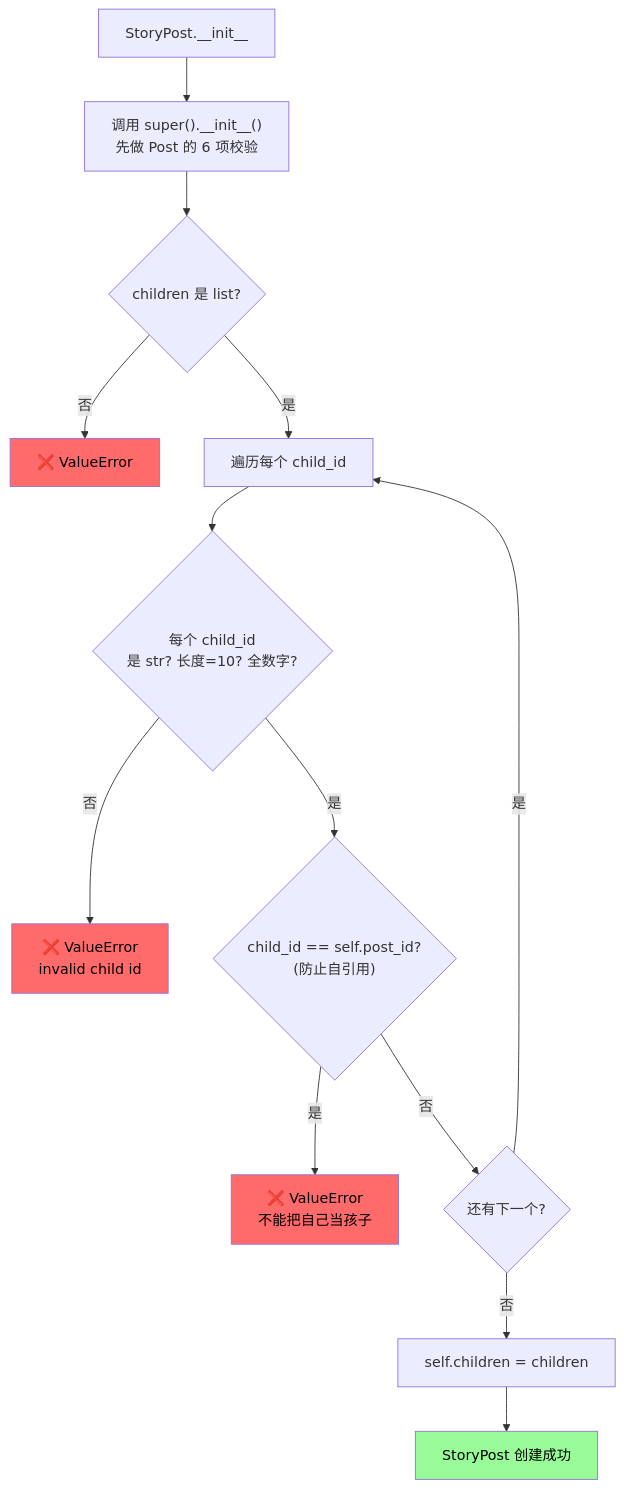
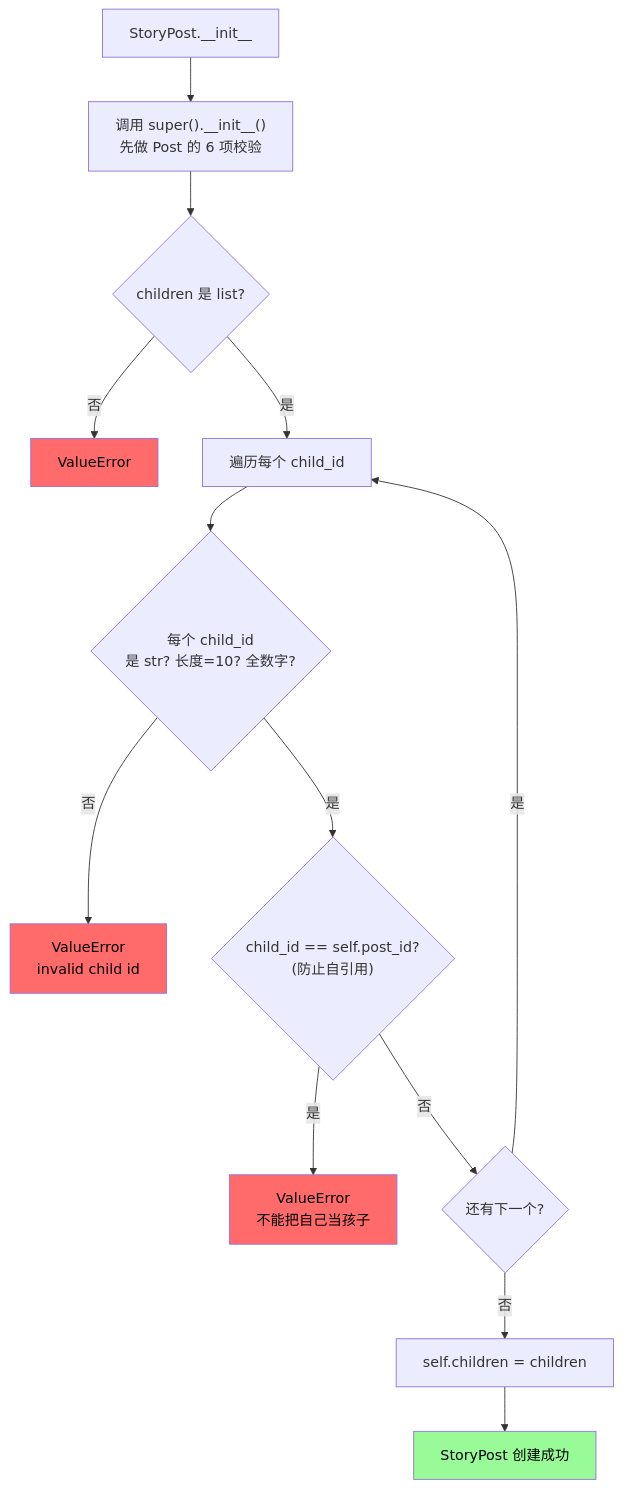
One commit to Takalahiro/obsidian-vault changed the ninth of 16 diagrams in INFO1110/assessment/INFO 1110 ADVANCE ASSESSMENT.md. Above: the diagram before and after it, drawn with Mermaid. The commit also changed other lines of this file and 37 other files, not shown here.

````diff
--- a/INFO1110/assessment/INFO 1110 ADVANCE ASSESSMENT.md
+++ b/INFO1110/assessment/INFO 1110 ADVANCE ASSESSMENT.md
@@ -298,20 +298,20 @@
 ```mermaid
 flowchart TD
-    A[" StoryPost.__init__"] --> B["调用 super().__init__()<br/>先做 Post 的 6 项校验"]
-    B --> C{"children 是 list?"}
-    C -->|否| C1["❌ ValueError"]
-    C -->|是| D["遍历每个 child_id"]
-    D --> E{"每个 child_id<br/>是 str? 长度=10? 全数字?"}
-    E -->|否| E1["❌ ValueError<br/>invalid child id"]
-    E -->|是| F{"child_id == self.post_id?<br/>(防止自引用)"}
-    F -->|是| F1["❌ ValueError<br/>不能把自己当孩子"]
-    F -->|否| G{"还有下一个?"}
-    G -->|是| D
-    G -->|否| H[" self.children = children"]
-    H --> I["StoryPost 创建成功"]
+ A[" StoryPost.__init__"] --> B["调用 super().__init__()<br/>先做 Post 的 6 项校验"]
+ B --> C{"children 是 list?"}
+ C -->|否| C1[" ValueError"]
+ C -->|是| D["遍历每个 child_id"]
+ D --> E{"每个 child_id<br/>是 str? 长度=10? 全数字?"}
+ E -->|否| E1[" ValueError<br/>invalid child id"]
+ E -->|是| F{"child_id == self.post_id?<br/>(防止自引用)"}
+ F -->|是| F1[" ValueError<br/>不能把自己当孩子"]
+ F -->|否| G{"还有下一个?"}
+ G -->|是| D
+ G -->|否| H[" self.children = children"]
+ H --> I["StoryPost 创建成功"]
 
-    style C1 fill:#FF6B6B,color:#000
-    style E1 fill:#FF6B6B,color:#000
-    style F1 fill:#FF6B6B,color:#000
-    style I fill:#98FB98,color:#000
+ style C1 fill:#FF6B6B,color:#000
+ style E1 fill:#FF6B6B,color:#000
+ style F1 fill:#FF6B6B,color:#000
+ style I fill:#98FB98,color:#000
 ```
````
